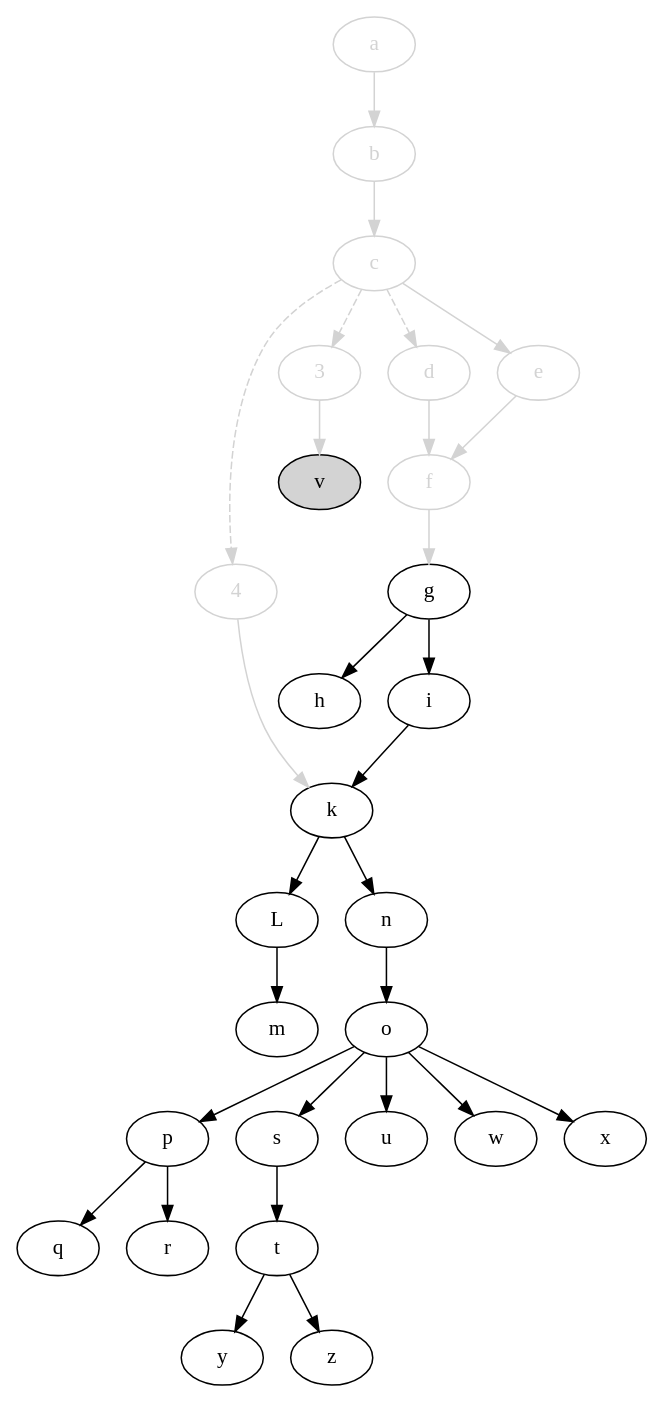
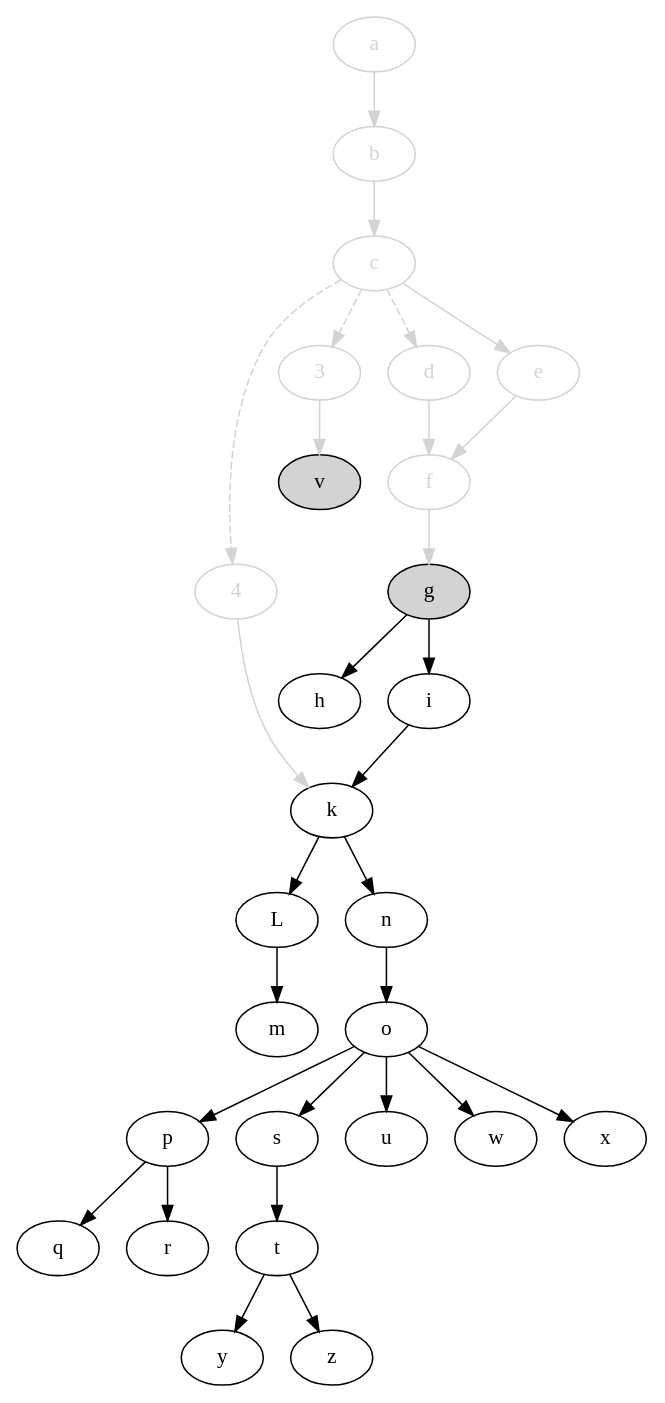
The diagram in svm-startup-deps.dot (jdmpapin/svm-startup-deps), drawn with Graphviz before and after one commit. The commit also changed 1 other file, not shown here.

```diff
--- a/svm-startup-deps.dot
+++ b/svm-startup-deps.dot
@@ -1,58 +1,58 @@
 digraph {
     4 [color=lightgrey,fontcolor=lightgrey];
     3 [color=lightgrey,fontcolor=lightgrey];
     a [color=lightgrey,fontcolor=lightgrey];
     b [color=lightgrey,fontcolor=lightgrey];
     c [color=lightgrey,fontcolor=lightgrey];
     d [color=lightgrey,fontcolor=lightgrey];
     e [color=lightgrey,fontcolor=lightgrey];
     f [color=lightgrey,fontcolor=lightgrey];
-    g;
+    g [style=filled,fillcolor=lightgrey];
     h;
     i;
     k;
     L;
     m;
     n;
     o;
     p;
     q;
     r;
     s;
     t;
     u;
     v [style=filled,fillcolor=lightgrey];
     w;
     x;
     y;
     z;
 
     4 -> k [color=lightgrey];
     c -> 4 [style=dashed,color=lightgrey];
     c -> 3 [style=dashed,color=lightgrey];
     c -> d [style=dashed,color=lightgrey];
     3 -> v [color=lightgrey];
     a -> b [color=lightgrey];
     b -> c [color=lightgrey];
     c -> e [color=lightgrey];
     d -> f [color=lightgrey];
     e -> f [color=lightgrey];
     f -> g [color=lightgrey];
     g -> h;
     g -> i;
     i -> k;
     k -> L;
     L -> m;
     k -> n;
     n -> o;
     o -> p;
     p -> q;
     p -> r;
     o -> s;
     s -> t;
     o -> u;
     o -> w;
     o -> x;
     t -> y;
     t -> z;
 }
```
